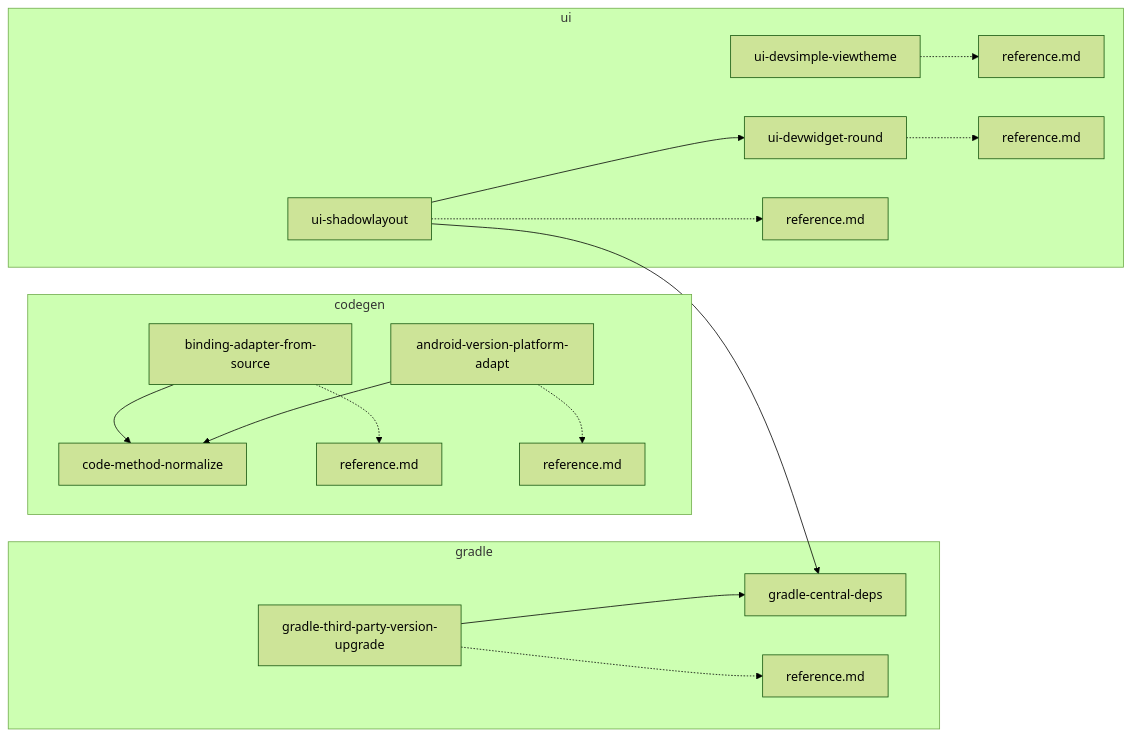
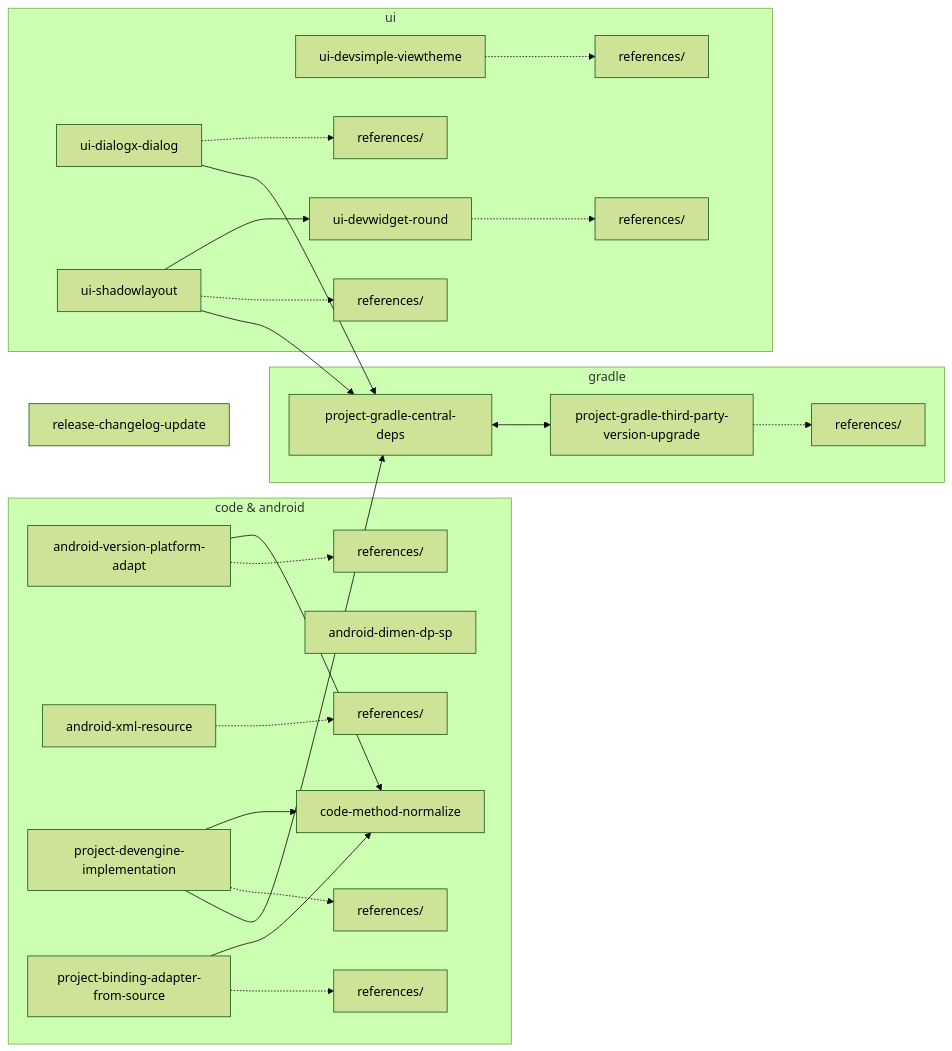
One commit to afkT/DevUtils changed the diagram in .cursor/audits/skill-local-path-audit.md. Above: the diagram before and after it, drawn with Mermaid (forest theme). The commit also changed other lines of this file, not shown here.

````diff
--- a/.cursor/audits/skill-local-path-audit.md
+++ b/.cursor/audits/skill-local-path-audit.md
@@ -78,30 +89,43 @@
 ```mermaid
 flowchart LR
-  subgraph gradle
-    GCD[gradle-central-deps]
-    GCV[gradle-third-party-version-upgrade]
-    GCV --> GCD
-    GCV -.-> GCVR[reference.md]
+  subgraph gradle[gradle]
+    GCD[project-gradle-central-deps]
+    GTP[project-gradle-third-party-version-upgrade]
+    GCD <--> GTP
+    GTP -.-> GTPR[references/]
   end
 
-  subgraph codegen
-    BAS[binding-adapter-from-source]
+  subgraph codeandroid[code & android]
     CMN[code-method-normalize]
+    ADS[android-dimen-dp-sp]
     AVPA[android-version-platform-adapt]
+    AXR[android-xml-resource]
+    DEI[project-devengine-implementation]
+    BAS[project-binding-adapter-from-source]
+    AVPA --> CMN
     BAS --> CMN
-    AVPA --> CMN
-    BAS -.-> BASR[reference.md]
-    AVPA -.-> AVPAR[reference.md]
+    DEI --> CMN
+    AVPA -.-> AVPAR[references/]
+    AXR -.-> AXRR[references/]
+    DEI -.-> DEIR[references/]
+    BAS -.-> BASR[references/]
   end
 
-  subgraph ui
+  subgraph ui[ui]
     UDV[ui-devsimple-viewtheme]
     UDR[ui-devwidget-round]
+    UDX[ui-dialogx-dialog]
     USL[ui-shadowlayout]
-    UDV -.-> UDVR[reference.md]
-    UDR -.-> UDRR[reference.md]
-    USL -.-> USLR[reference.md]
     USL --> UDR
-    USL --> GCD
+    UDV -.-> UDVR[references/]
+    UDR -.-> UDRR[references/]
+    UDX -.-> UDXR[references/]
+    USL -.-> USLR[references/]
   end
+
+  RCU[release-changelog-update]
+
+  DEI --> GCD
+  UDX --> GCD
+  USL --> GCD
 ```
````
